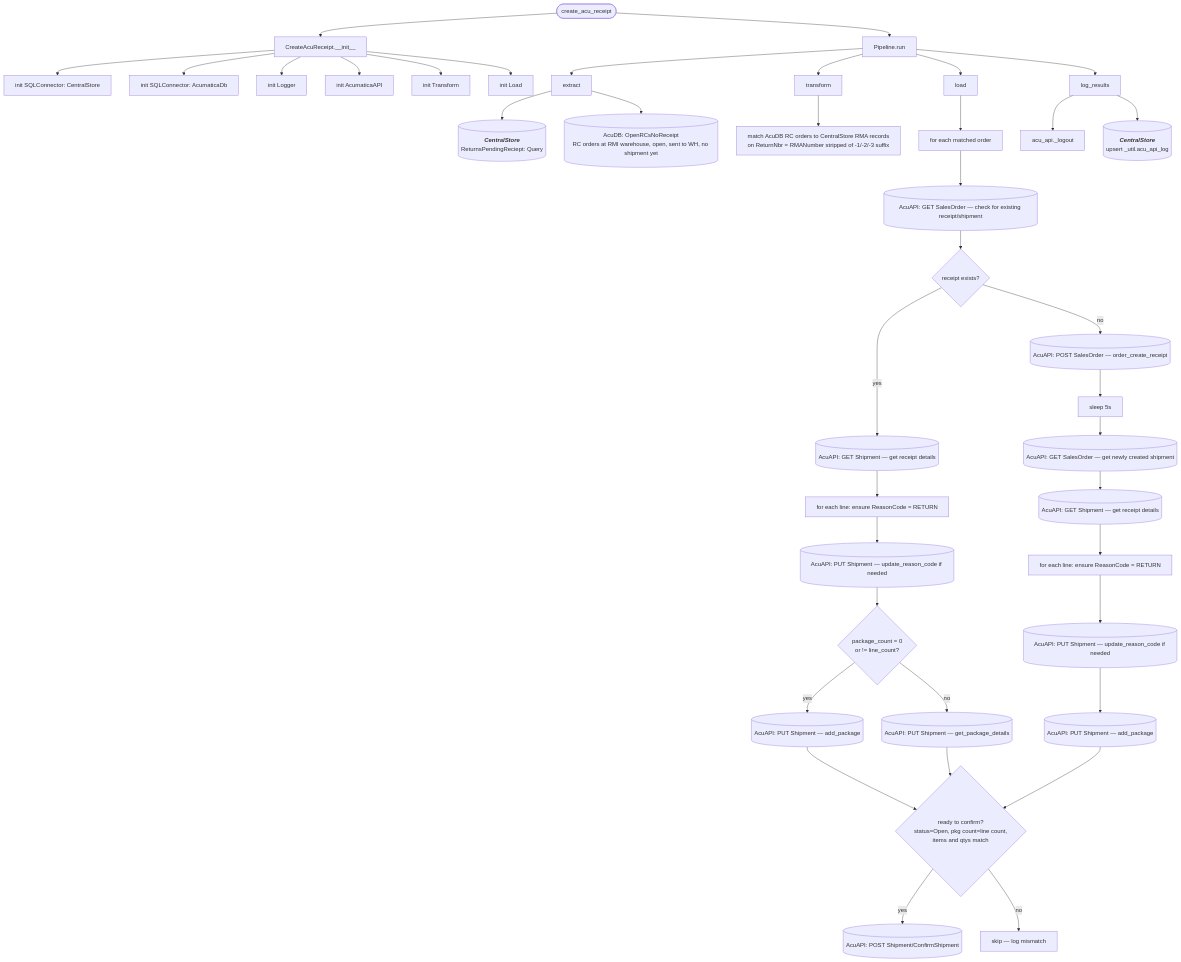
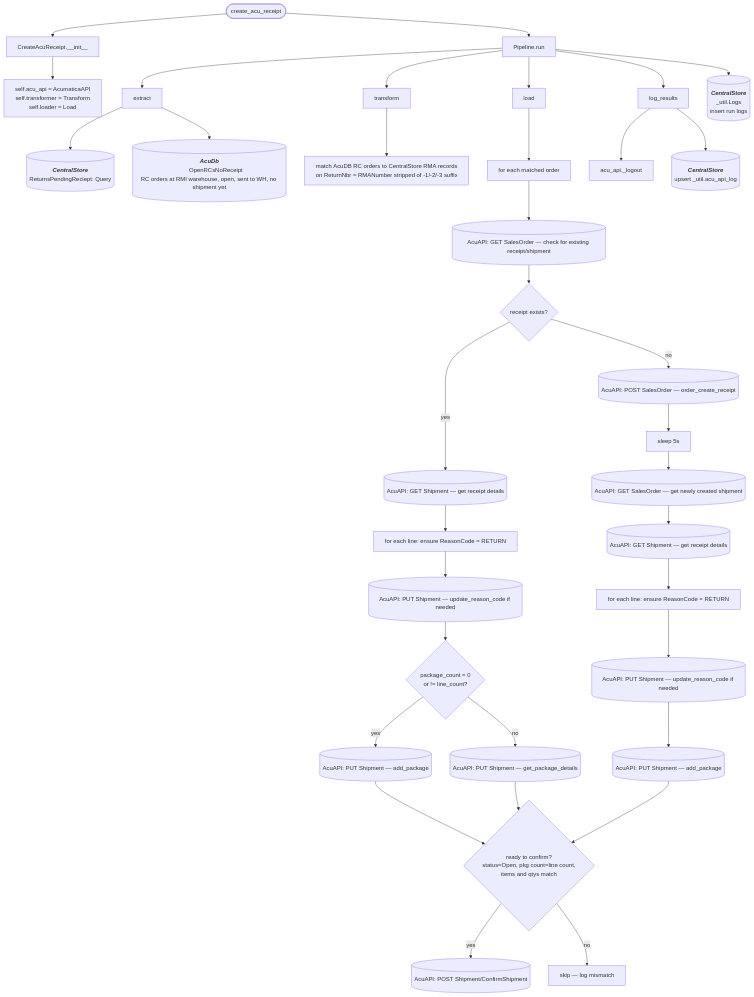
Before and after one commit to journeyhl/integration-platform: the diagram in docs/pipelines/create_acu_receipt.md, drawn with Mermaid. The commit also changed 25 other files, not shown here.

````diff
--- a/docs/pipelines/create_acu_receipt.md
+++ b/docs/pipelines/create_acu_receipt.md
@@ -1,55 +1,60 @@
 ```mermaid
 %%{init: {"flowchart": {"wrappingWidth": 400}}}%%
 flowchart TD
     A([create_acu_receipt]) --> B[CreateAcuReceipt.__init__]
-    B --> B1[init SQLConnector: CentralStore]
-    B --> B2[init SQLConnector: AcumaticaDb]
-    B --> B3[init Logger]
-    B --> B4[init AcumaticaAPI]
-    B --> B5[init Transform]
-    B --> B6[init Load]
+    B --> B1[
+        self.acu_api = AcumaticaAPI
+        self.transformer = Transform
+        self.loader = Load
+    ]
     A --> RUN[Pipeline.run]
 
     RUN --> EX[extract]
     EX --> D1[(
         <b><i>CentralStore</i></b>
         ReturnsPendingReciept: Query
     )]
-    EX --> D2[(AcuDB: OpenRCsNoReceipt<br/>RC orders at RMI warehouse, open, sent to WH, no shipment yet)]
+    EX --> D2[(
+        <b><i>AcuDb</i></b>
+        OpenRCsNoReceipt<br/>RC orders at RMI warehouse, open, sent to WH, no shipment yet)]
 
     RUN --> TR[transform]
     TR --> T1[match AcuDB RC orders to CentralStore RMA records<br/>on ReturnNbr = RMANumber stripped of -1/-2/-3 suffix]
 
     RUN --> LD[load]
     LD --> LS[for each matched order]
     LS --> L1[(AcuAPI: GET SalesOrder — check for existing receipt/shipment)]
     L1 --> L2{receipt exists?}
 
     L2 -->|yes| L3[(AcuAPI: GET Shipment — get receipt details)]
     L3 --> L4[for each line: ensure ReasonCode = RETURN]
     L4 --> L5[(AcuAPI: PUT Shipment — update_reason_code if needed)]
     L5 --> L6{package_count = 0<br/>or != line_count?}
     L6 -->|yes| L7[(AcuAPI: PUT Shipment — add_package)]
     L6 -->|no| L8[(AcuAPI: PUT Shipment — get_package_details)]
 
     L2 -->|no| L9[(AcuAPI: POST SalesOrder — order_create_receipt)]
     L9 --> L10[sleep 5s]
     L10 --> L11[(AcuAPI: GET SalesOrder — get newly created shipment)]
     L11 --> L12[(AcuAPI: GET Shipment — get receipt details)]
     L12 --> L13[for each line: ensure ReasonCode = RETURN]
     L13 --> L14[(AcuAPI: PUT Shipment — update_reason_code if needed)]
     L14 --> L15[(AcuAPI: PUT Shipment — add_package)]
 
     L7 --> CONF{ready to confirm?<br/>status=Open, pkg count=line count,<br/>items and qtys match}
     L8 --> CONF
     L15 --> CONF
     CONF -->|yes| L16[(AcuAPI: POST Shipment/ConfirmShipment)]
     CONF -->|no| L17[skip — log mismatch]
 
     RUN --> LR[log_results]
     LR --> LO[acu_api._logout]
     LR --> UPS[(
         <b><i>CentralStore</i></b>
         upsert _util.acu_api_log
     )]
+    RUN --> LOGS[(
+        <b><i>CentralStore</i></b>
+        _util.Logs<br/>insert run logs
+    )]
 ```
````
